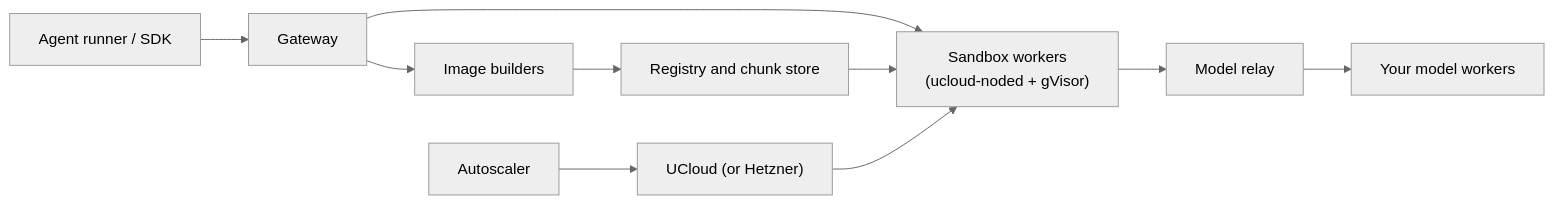
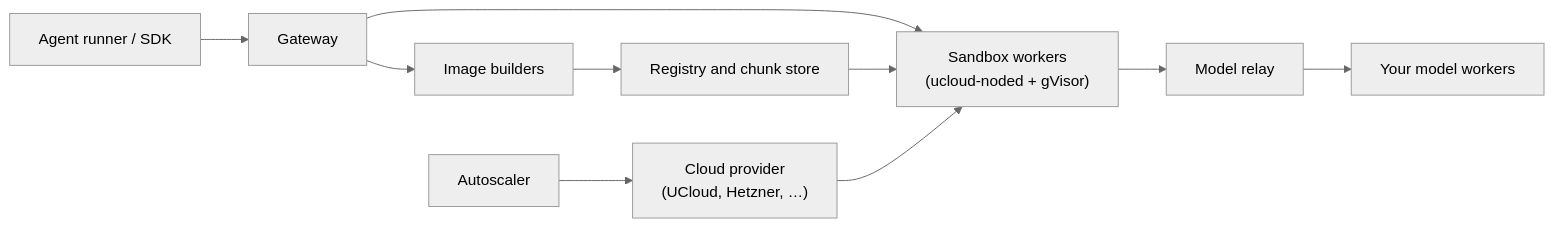
One commit to rlrs/sandboxes changed the diagram in README.md. Above: the diagram before and after it, drawn with Mermaid (neutral theme). The commit also changed other lines of this file and 661 other files, not shown here.

````diff
--- a/README.md
+++ b/README.md
@@ -33,12 +35,12 @@
 ```mermaid
 flowchart LR
     Client["Agent runner / SDK"] --> Gateway["Gateway"]
     Gateway --> Workers["Sandbox workers<br/>(ucloud-noded + gVisor)"]
     Gateway --> Builders["Image builders"]
     Builders --> Store["Registry and chunk store"]
     Store --> Workers
-    Autoscaler["Autoscaler"] --> Provider["UCloud (or Hetzner)"]
+    Autoscaler["Autoscaler"] --> Provider["Cloud provider<br/>(UCloud, Hetzner, …)"]
     Provider --> Workers
     Workers --> Relay["Model relay"]
     Relay --> Models["Your model workers"]
 ```
````
